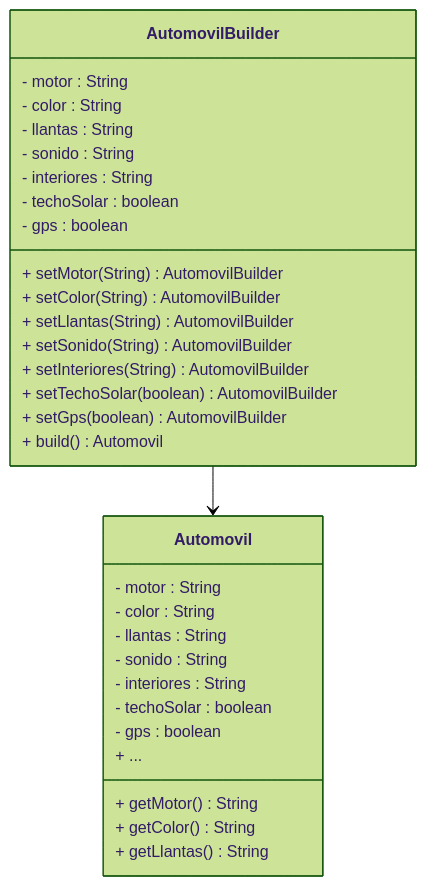
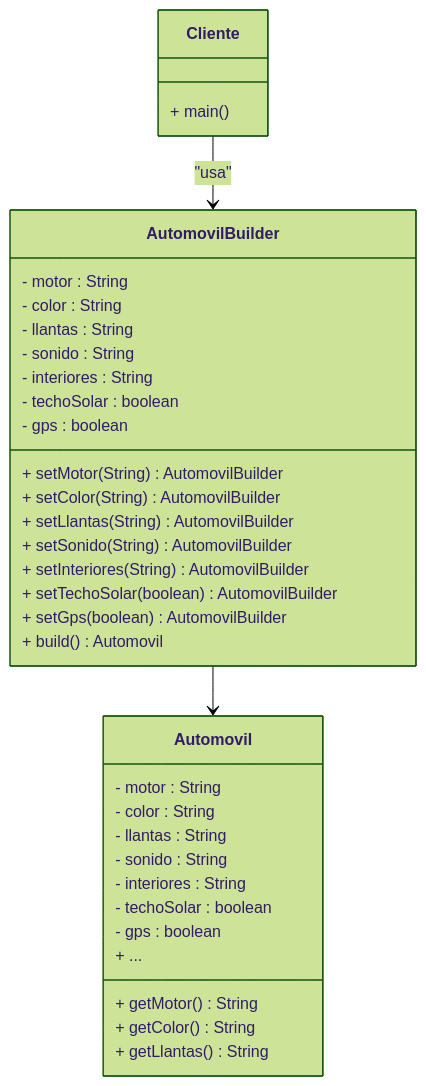
One commit to 285JuanDM/patrones-taller changed the first of 2 diagrams in README.md. Above: the diagram before and after it, drawn with Mermaid (forest theme).

Commit message:
Se cambia el UML del ejercicio 1 para añadir un cliente

````diff
--- a/README.md
+++ b/README.md
@@ -18,36 +18,41 @@
 ```mermaid
 classDiagram
     class Automovil {
         - motor : String
         - color : String
         - llantas : String
         - sonido : String
         - interiores : String
         - techoSolar : boolean
         - gps : boolean
         + getMotor() String
         + getColor() String
         + getLlantas() String
         + ...
     }
 
     class AutomovilBuilder {
         - motor : String
         - color : String
         - llantas : String
         - sonido : String
         - interiores : String
         - techoSolar : boolean
         - gps : boolean
         + setMotor(String) AutomovilBuilder
         + setColor(String) AutomovilBuilder
         + setLlantas(String) AutomovilBuilder
         + setSonido(String) AutomovilBuilder
         + setInteriores(String) AutomovilBuilder
         + setTechoSolar(boolean) AutomovilBuilder
         + setGps(boolean) AutomovilBuilder
         + build() Automovil
     }
 
+    class Cliente {
+        + main()
+    }
+
     AutomovilBuilder --> Automovil
+    Cliente --> AutomovilBuilder : "usa"
 ```
````
